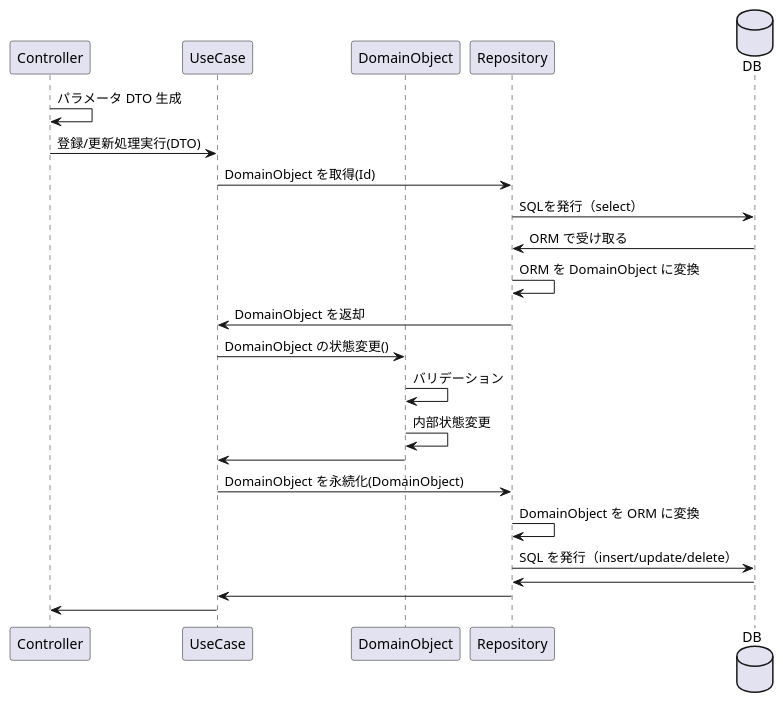
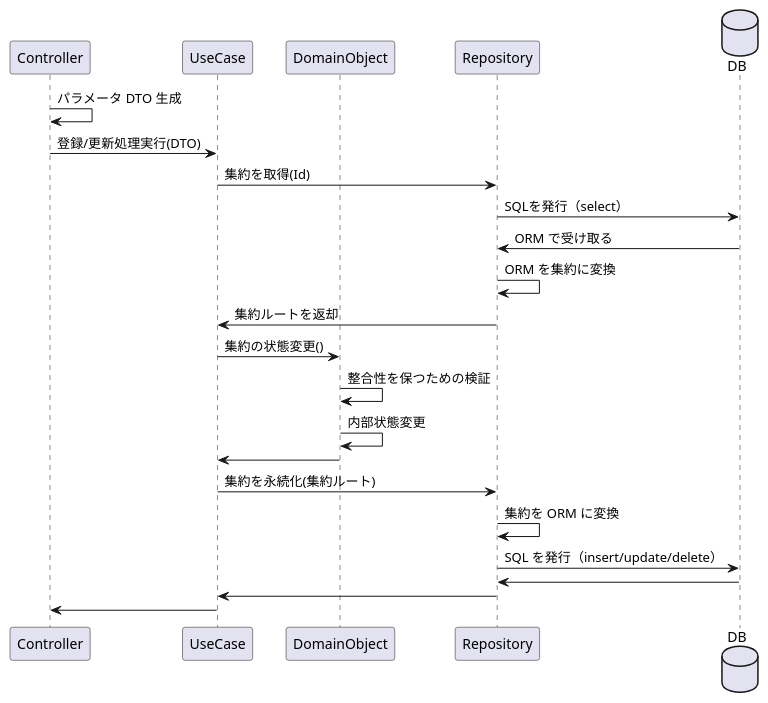
Before and after one commit to TakashiOnawa/ddd-architecture: the diagram in diagrams/LayerStructure_CommandFlow.pu, drawn with PlantUML. The commit also changed 4 other files, not shown here.

Commit message:
diagram の修正

```diff
--- a/diagrams/LayerStructure_CommandFlow.pu
+++ b/diagrams/LayerStructure_CommandFlow.pu
@@ -1,27 +1,27 @@
 @startuml LayerStructure_CommandFlow
 
 participant Controller
 participant UseCase
 participant DomainObject
 participant Repository
 database DB
 
 Controller -> Controller: パラメータ DTO 生成
 Controller -> UseCase: 登録/更新処理実行(DTO)
-UseCase -> Repository: DomainObject を取得(Id)
+UseCase -> Repository: 集約を取得(Id)
 Repository -> DB: SQLを発行（select）
 DB -> Repository: ORM で受け取る
-Repository -> Repository: ORM を DomainObject に変換
-Repository -> UseCase: DomainObject を返却
-UseCase -> DomainObject: DomainObject の状態変更()
-DomainObject -> DomainObject: バリデーション
+Repository -> Repository: ORM を集約に変換
+Repository -> UseCase: 集約ルートを返却
+UseCase -> DomainObject: 集約の状態変更()
+DomainObject -> DomainObject: 整合性を保つための検証
 DomainObject -> DomainObject: 内部状態変更
 DomainObject -> UseCase
-UseCase -> Repository: DomainObject を永続化(DomainObject)
-Repository -> Repository: DomainObject を ORM に変換
+UseCase -> Repository: 集約を永続化(集約ルート)
+Repository -> Repository: 集約を ORM に変換
 Repository -> DB: SQL を発行（insert/update/delete）
 DB -> Repository
 Repository -> UseCase
 UseCase -> Controller
 
 @enduml
```
